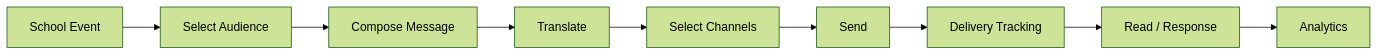
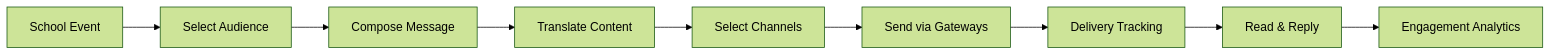
One commit to ishandutta2007/Awesome-School-Communication changed the second of 7 diagrams in README.md. Above: the diagram before and after it, drawn with Mermaid (forest theme). The commit also changed other lines of this file and 2 other files, not shown here.

````diff
--- a/README.md
+++ b/README.md
@@ -1359,30 +460,11 @@
 ```mermaid
 flowchart LR
-
-    A[School Event]
-
-    B[Select Audience]
-
-    C[Compose Message]
-
-    D[Translate]
-
-    E[Select Channels]
-
-    F[Send]
-
-    G[Delivery Tracking]
-
-    H[Read / Response]
-
-    I[Analytics]
-
-    A --> B
-    B --> C
-    C --> D
-    D --> E
-    E --> F
-    F --> G
-    G --> H
-    H --> I
+    A[School Event] --> B[Select Audience]
+    B --> C[Compose Message]
+    C --> D[Translate Content]
+    D --> E[Select Channels]
+    E --> F[Send via Gateways]
+    F --> G[Delivery Tracking]
+    G --> H[Read & Reply]
+    H --> I[Engagement Analytics]
 ```
````
